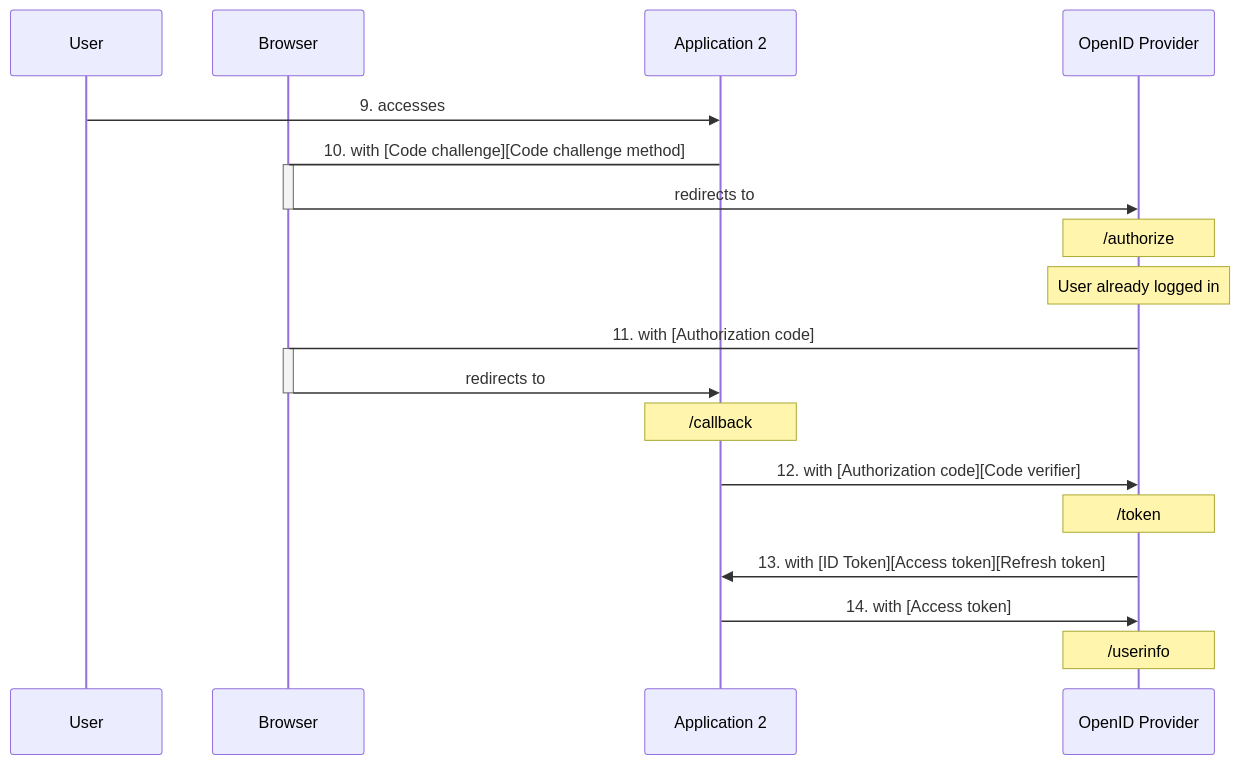
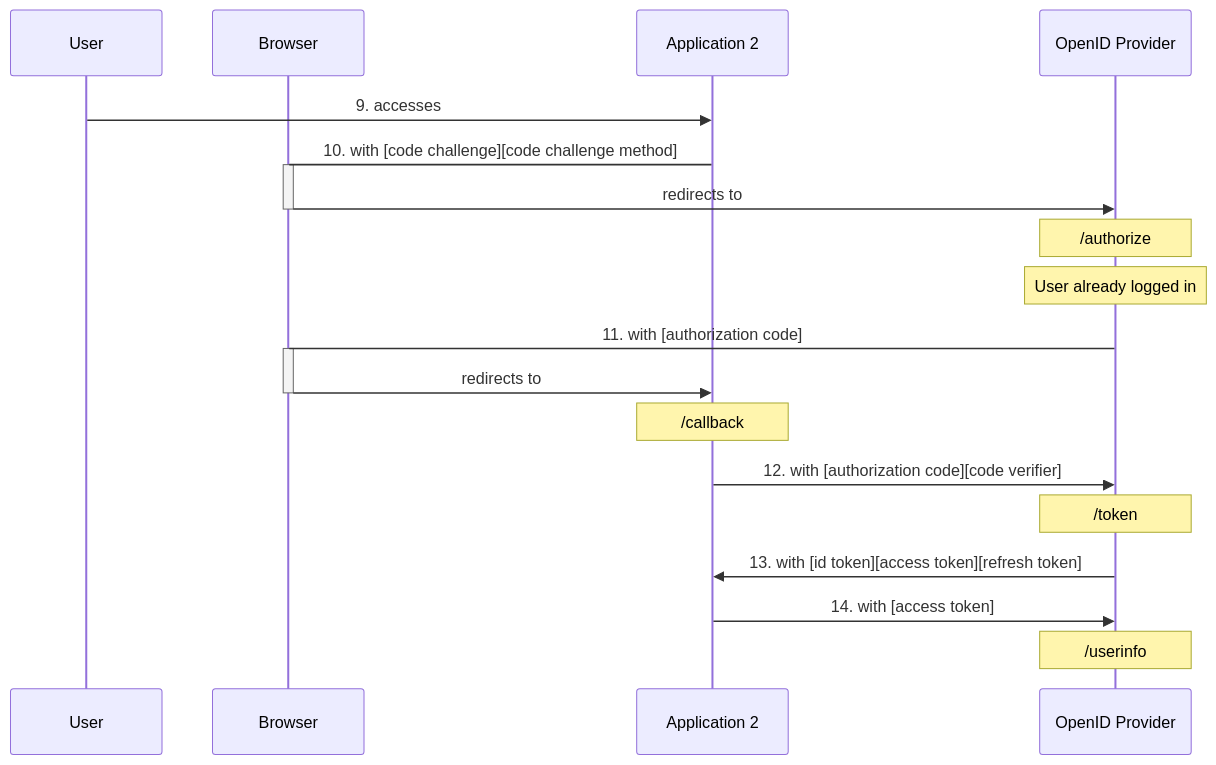
The second of 3 diagrams in posts/sso-auth/README.md (Octobug/blog), drawn with Mermaid before and after one commit. The commit also changed other lines of this file, not shown here.

Commit message:
posts(orca): flow diagrams

````diff
--- a/posts/sso-auth/README.md
+++ b/posts/sso-auth/README.md
@@ -90,30 +91,30 @@
 ```mermaid
 sequenceDiagram
   participant User
   participant Browser
   participant Application 2
   participant OpenID Provider
 
   User->>Application 2: 9. accesses
 
-  Application 2->Browser: 10. with [Code challenge][Code challenge method]
+  Application 2->Browser: 10. with [code challenge][code challenge method]
   Activate Browser
   Browser->>OpenID Provider: redirects to
   Deactivate Browser
   Note over OpenID Provider: /authorize
   Note over OpenID Provider: User already logged in
 
-  OpenID Provider->Browser: 11. with [Authorization code]
+  OpenID Provider->Browser: 11. with [authorization code]
   Activate Browser
   Browser->>Application 2: redirects to
   Deactivate Browser
   Note over Application 2: /callback
 
-  Application 2->>OpenID Provider: 12. with [Authorization code][Code verifier]
+  Application 2->>OpenID Provider: 12. with [authorization code][code verifier]
   Note over OpenID Provider: /token
 
-  OpenID Provider->>Application 2: 13. with [ID Token][Access token][Refresh token]
+  OpenID Provider->>Application 2: 13. with [id token][access token][refresh token]
 
-  Application 2->>OpenID Provider: 14. with [Access token]
+  Application 2->>OpenID Provider: 14. with [access token]
   Note over OpenID Provider: /userinfo
 ```
````
